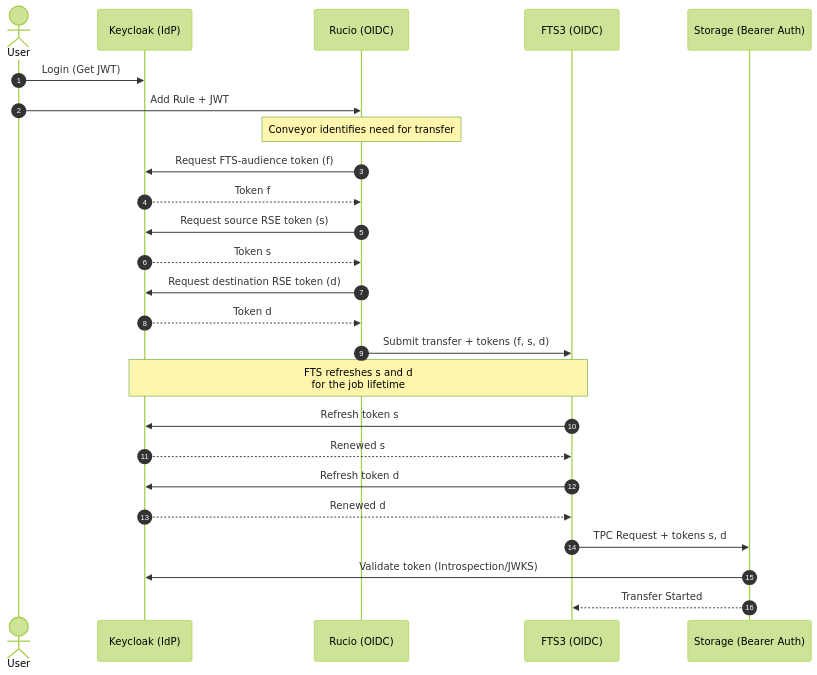
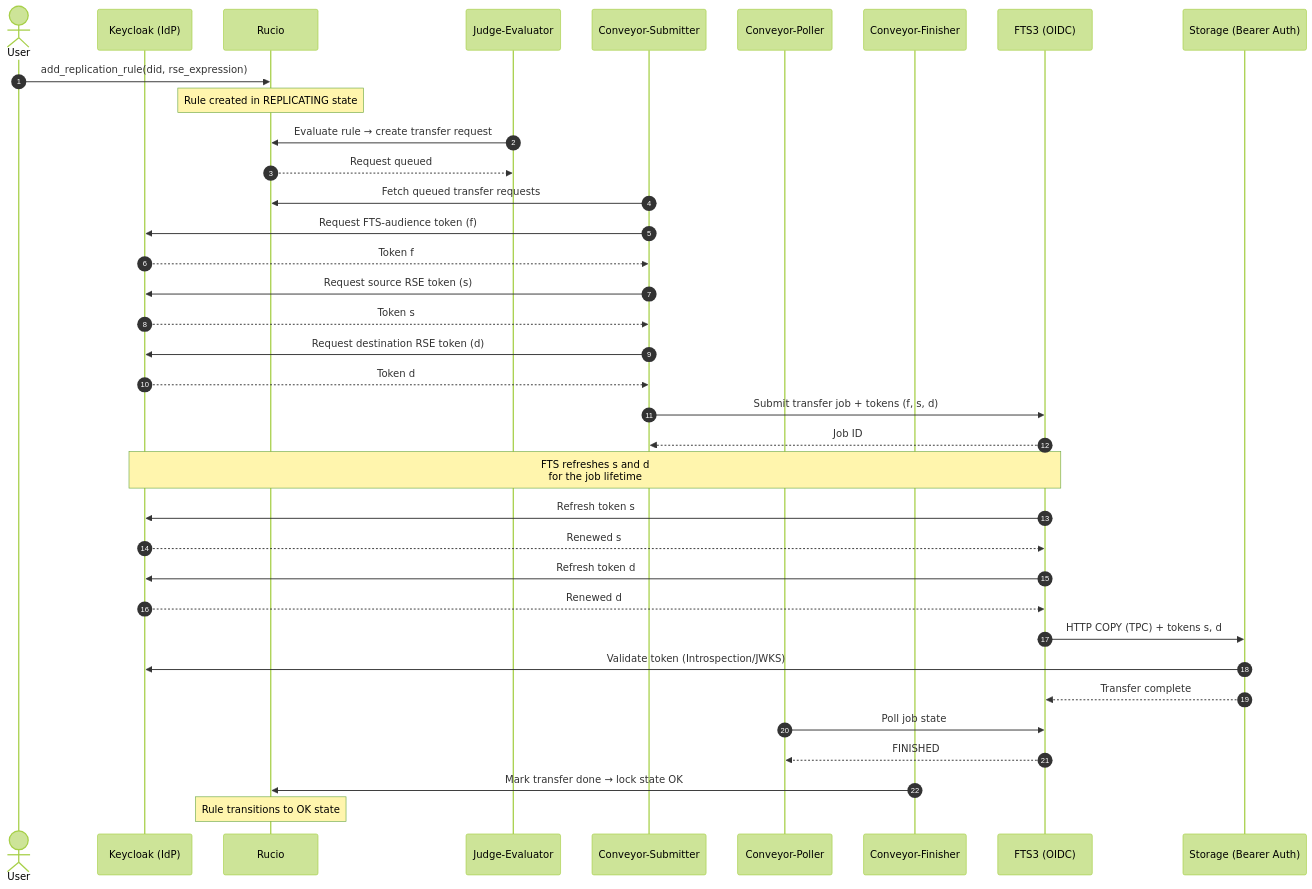
The first of 2 diagrams in docs/high-level-flows.md (RI-SCALE/dep-dlm-testbed), drawn with Mermaid (forest theme) before and after one commit. The commit also changed other lines of this file, not shown here.

Commit message:
docs: add TPC transfer flow diagram with conveyor daemon sequence
Expand docs/high-level-flows.md with an OIDC TPC Transfer Flow sequence
diagram showing the full conveyor pipeline: judge-evaluator (rule →
transfer request) → conveyor-submitter (token acquisition, FTS job
submission) → FTS token refresh loop → conveyor-poller (job state) →
conveyor-finisher (lock OK). References test_rucio_transfers.py.

Rename the existing OIDC Token Flow section to OIDC TPC Transfer Flow
to better reflect its scope. Fix the deletion flow diagram to use
Judge-Cleaner instead of Undertaker, which is incorrect for rule-based
deletion. Add reference link to the official Rucio Deletion Overview.

````diff
--- a/docs/high-level-flows.md
+++ b/docs/high-level-flows.md
@@ -9,32 +14,44 @@
 ```mermaid
 sequenceDiagram
     autonumber
     actor User
     participant KC as Keycloak (IdP)
-    participant RS as Rucio (OIDC)
+    participant RS as Rucio
+    participant JE as Judge-Evaluator
+    participant CS as Conveyor-Submitter
+    participant CP as Conveyor-Poller
+    participant CF as Conveyor-Finisher
     participant FTS as FTS3 (OIDC)
     participant SE as Storage (Bearer Auth)
 
-    User->>KC: Login (Get JWT)
-    User->>RS: Add Rule + JWT
+    User->>RS: add_replication_rule(did, rse_expression)
+    NOTE over RS: Rule created in REPLICATING state
 
-    NOTE over RS: Conveyor identifies need for transfer
-    RS->>KC: Request FTS-audience token (f)
-    KC-->>RS: Token f
-    RS->>KC: Request source RSE token (s)
-    KC-->>RS: Token s
-    RS->>KC: Request destination RSE token (d)
-    KC-->>RS: Token d
+    JE->>RS: Evaluate rule → create transfer request
+    RS-->>JE: Request queued
 
-    RS->>FTS: Submit transfer + tokens (f, s, d)
+    CS->>RS: Fetch queued transfer requests
+    CS->>KC: Request FTS-audience token (f)
+    KC-->>CS: Token f
+    CS->>KC: Request source RSE token (s)
+    KC-->>CS: Token s
+    CS->>KC: Request destination RSE token (d)
+    KC-->>CS: Token d
+    CS->>FTS: Submit transfer job + tokens (f, s, d)
+    FTS-->>CS: Job ID
 
     NOTE over FTS,KC: FTS refreshes s and d<br/>for the job lifetime
     FTS->>KC: Refresh token s
     KC-->>FTS: Renewed s
     FTS->>KC: Refresh token d
     KC-->>FTS: Renewed d
+    FTS->>SE: HTTP COPY (TPC) + tokens s, d
+    SE->>KC: Validate token (Introspection/JWKS)
+    SE-->>FTS: Transfer complete
 
-    FTS->>SE: TPC Request + tokens s, d
-    SE->>KC: Validate token (Introspection/JWKS)
-    SE-->>FTS: Transfer Started
+    CP->>FTS: Poll job state
+    FTS-->>CP: FINISHED
+
+    CF->>RS: Mark transfer done → lock state OK
+    NOTE over RS: Rule transitions to OK state
 ```
````
